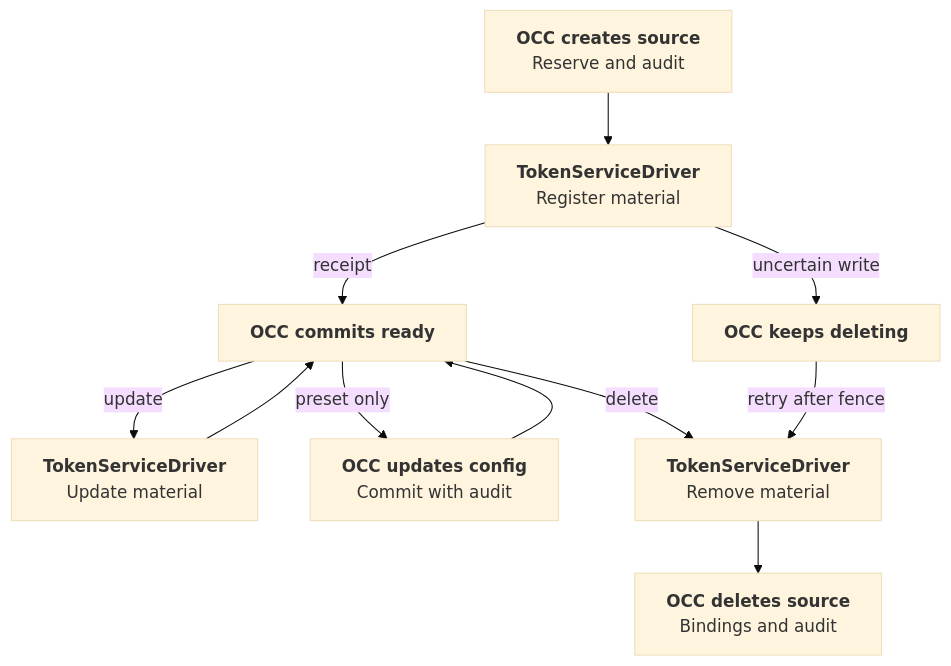
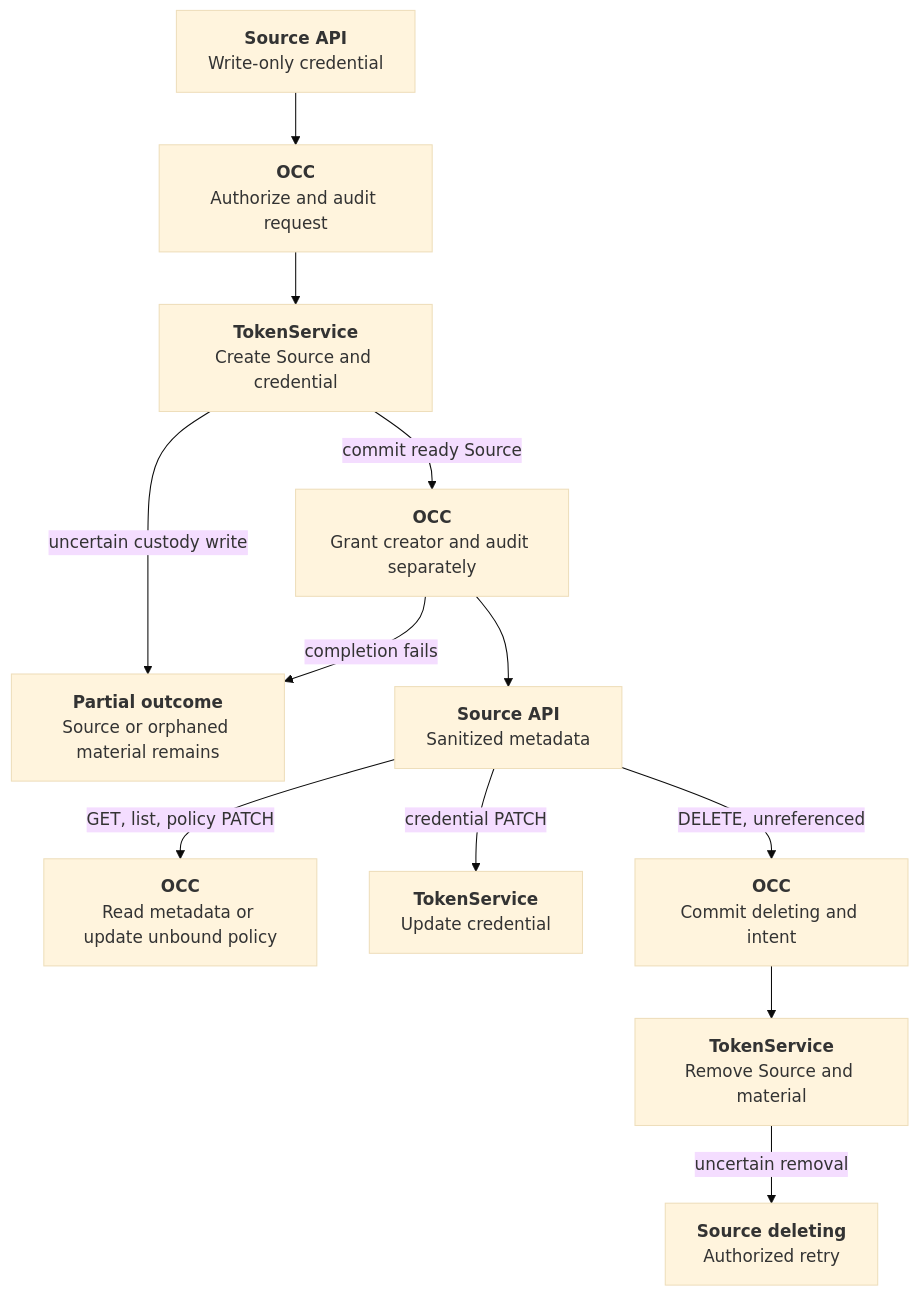
Before and after one commit to openclaw/openclaw-enterprise: the diagram in docs/flows/token-service-static-custody.md, drawn with Mermaid (base theme). The commit also changed other lines of this file and 54 other files, not shown here.

First line of the commit message:
Let TokenService own managed credential sources and transactions (#6707)

````diff
--- a/docs/flows/token-service-static-custody.md
+++ b/docs/flows/token-service-static-custody.md
@@ -30,13 +24,14 @@
 ```mermaid
 graph TD
-  A["<b>OCC creates source</b><br/>Reserve and audit"] --> B["<b>TokenServiceDriver</b><br/>Register material"]
-  B -->|receipt| C["<b>OCC commits ready</b>"]
-  B -->|uncertain write| D["<b>OCC keeps deleting</b>"]
-  C -->|update| E["<b>TokenServiceDriver</b><br/>Update material"]
-  E --> C
-  C -->|preset only| H["<b>OCC updates config</b><br/>Commit with audit"]
-  H --> C
-  C -->|delete| F["<b>TokenServiceDriver</b><br/>Remove material"]
-  D -->|retry after fence| F
-  F --> G["<b>OCC deletes source</b><br/>Bindings and audit"]
+  A["<b>Source API</b><br/>Write-only credential"] --> B["<b>OCC</b><br/>Authorize and audit request"]
+  B --> C["<b>TokenService</b><br/>Create Source and credential"]
+  C -->|commit ready Source| D["<b>OCC</b><br/>Grant creator and audit separately"]
+  C -->|uncertain custody write| E["<b>Partial outcome</b><br/>Source or orphaned material remains"]
+  D --> F["<b>Source API</b><br/>Sanitized metadata"]
+  D -->|completion fails| E
+  F -->|GET, list, policy PATCH| J["<b>OCC</b><br/>Read metadata or update unbound policy"]
+  F -->|credential PATCH| G["<b>TokenService</b><br/>Update credential"]
+  F -->|DELETE, unreferenced| K["<b>OCC</b><br/>Commit deleting and intent"]
+  K --> H["<b>TokenService</b><br/>Remove Source and material"]
+  H -->|uncertain removal| I["<b>Source deleting</b><br/>Authorized retry"]
 ```
````
